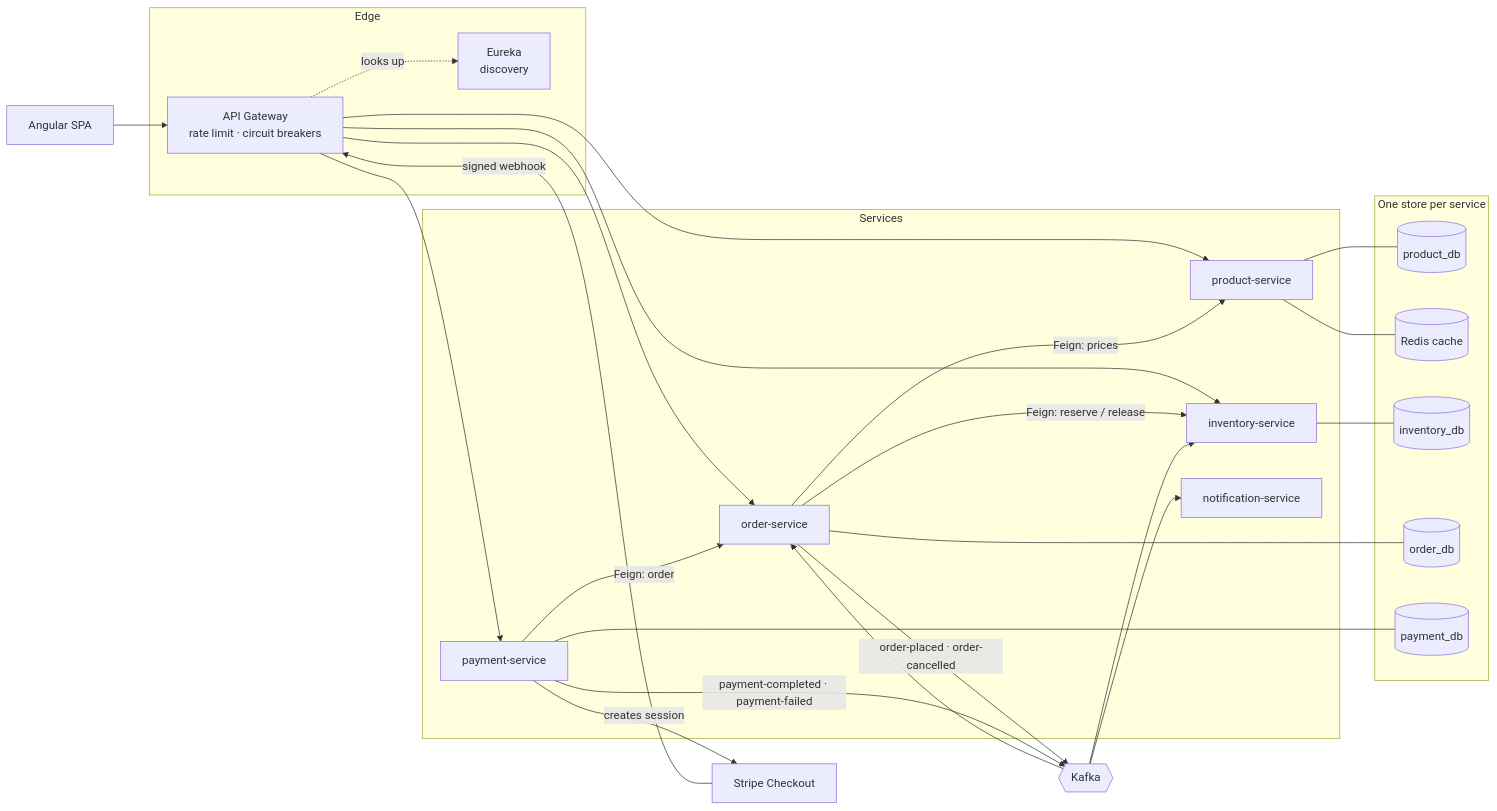
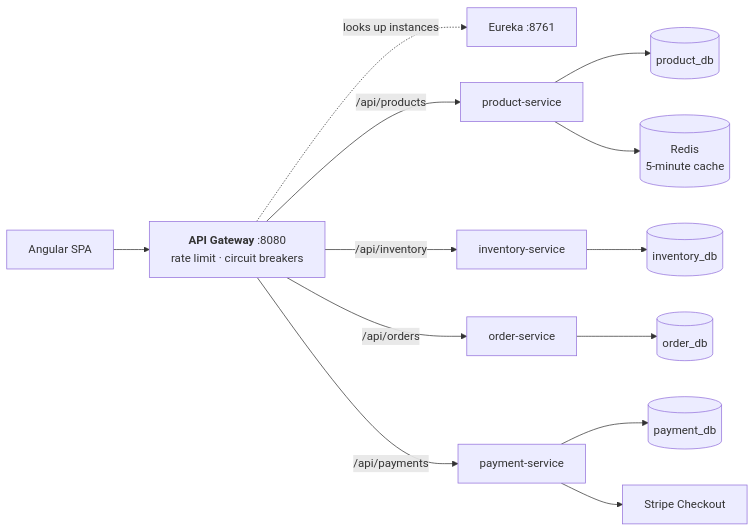
One commit to bakaruu/skate-shop changed the first of 2 diagrams in README.md. Above: the diagram before and after it, drawn with Mermaid. The commit also changed other lines of this file, not shown here.

Commit message:
docs: redraw the architecture diagrams so they actually read

````diff
--- a/README.md
+++ b/README.md
@@ -34,46 +41,11 @@
 ```mermaid
 flowchart LR
-    browser[Angular SPA]
-    stripe[Stripe Checkout]
-
-    subgraph edge[Edge]
-        gateway[API Gateway<br/>rate limit · circuit breakers]
-        eureka[Eureka<br/>discovery]
-    end
-
-    subgraph services[Services]
-        product[product-service]
-        inventory[inventory-service]
-        order[order-service]
-        payment[payment-service]
-        notification[notification-service]
-    end
-
-    subgraph data[One store per service]
-        pgp[(product_db)]
-        redis[(Redis cache)]
-        pgi[(inventory_db)]
-        pgo[(order_db)]
-        pgpay[(payment_db)]
-    end
-
-    kafka{{Kafka}}
-
-    browser --> gateway
-    gateway --> product & inventory & order & payment
-    gateway -. looks up .-> eureka
-    order -- Feign: prices --> product
-    order -- Feign: reserve / release --> inventory
-    payment -- Feign: order --> order
-    payment -- creates session --> stripe
-    stripe -- signed webhook --> gateway
-
-    product --- pgp & redis
-    inventory --- pgi
-    order --- pgo
-    payment --- pgpay
-
-    order -- order-placed · order-cancelled --> kafka
-    payment -- payment-completed · payment-failed --> kafka
-    kafka --> order & inventory & notification
+    spa["Angular SPA"] --> gw["<b>API Gateway</b> :8080<br/>rate limit · circuit breakers"]
+    gw -.->|"looks up instances"| eur["Eureka :8761"]
+    gw -->|"/api/products"| prod["product-service"] --> pdb[("product_db")]
+    prod --> redis[("Redis<br/>5-minute cache")]
+    gw -->|"/api/inventory"| inv["inventory-service"] --> idb[("inventory_db")]
+    gw -->|"/api/orders"| ord["order-service"] --> odb[("order_db")]
+    gw -->|"/api/payments"| pay["payment-service"] --> paydb[("payment_db")]
+    pay --> stripe["Stripe Checkout"]
 ```
````
